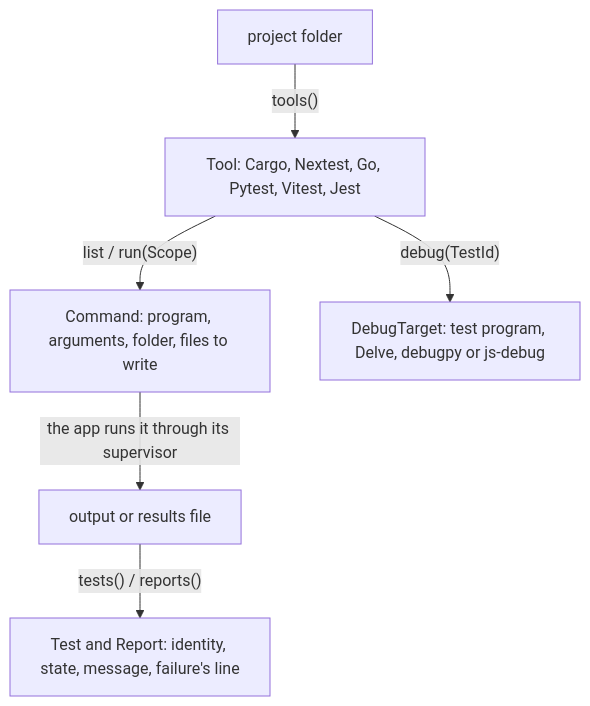
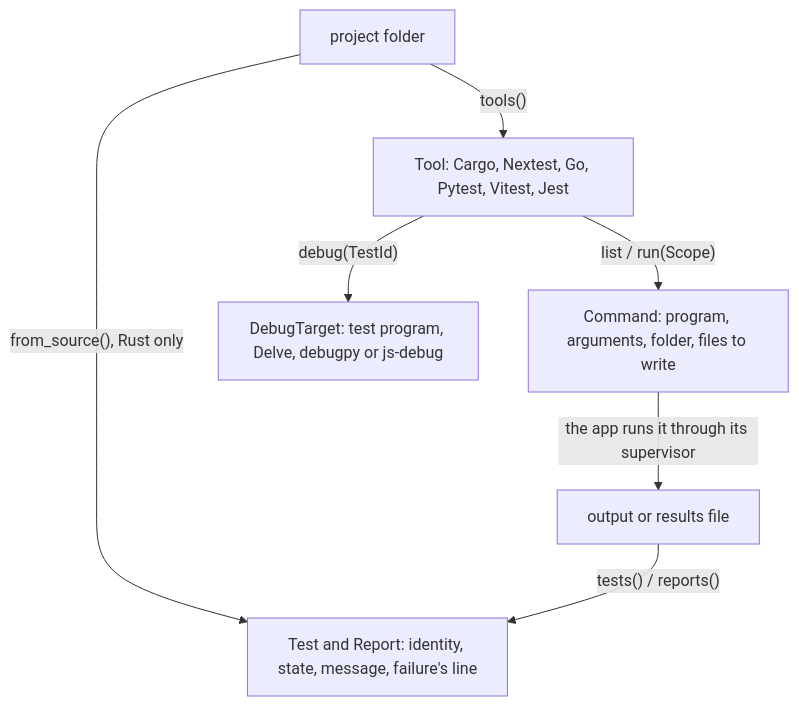
One commit to sventmueller/dango changed the diagram in crates/ide-test/README.md. Above: the diagram before and after it, drawn with Mermaid. The commit also changed other lines of this file and 21 other files, not shown here.

````diff
--- a/crates/ide-test/README.md
+++ b/crates/ide-test/README.md
@@ -9,8 +11,9 @@
 ```mermaid
 flowchart TB
     root["project folder"] -->|"tools()"| tool["Tool: Cargo, Nextest, Go, Pytest, Vitest, Jest"]
+    root -->|"from_source(), Rust only"| reports
     tool -->|"list / run(Scope)"| command["Command: program, arguments, folder, files to write"]
     command -->|"the app runs it through its supervisor"| output["output or results file"]
     output -->|"tests() / reports()"| reports["Test and Report: identity, state, message, failure's line"]
     tool -->|"debug(TestId)"| target["DebugTarget: test program, Delve, debugpy or js-debug"]
 ```
````
